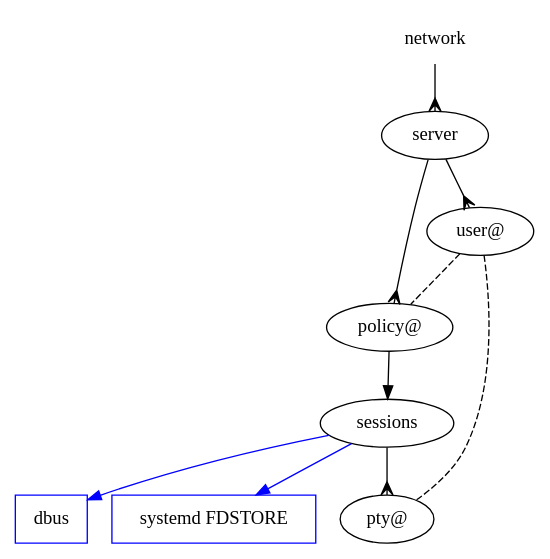
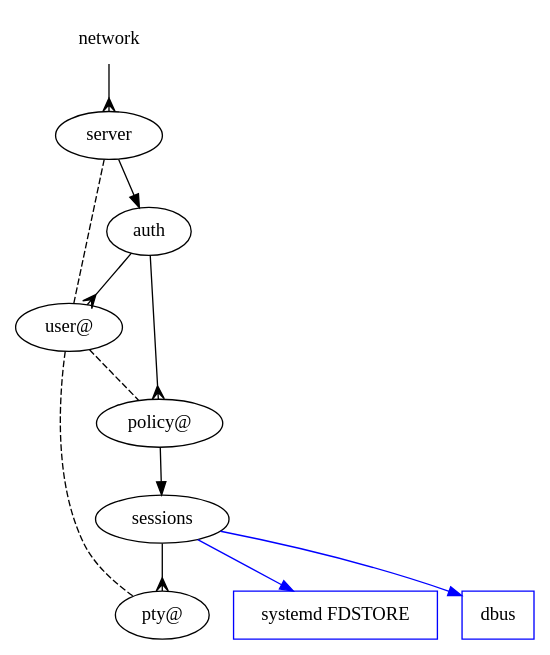
The diagram in doc/dev/sketch/privsep-big-picture.gv (tere-shell/tere), drawn with Graphviz before and after one commit. The commit also changed 2 other files, not shown here.

Commit message:
Adjust privsep architecture for better DoS protection
Earlier, unauthenticated attackers could cause many `user@` processes
to be spawned.

```diff
--- a/doc/dev/sketch/privsep-big-picture.gv
+++ b/doc/dev/sketch/privsep-big-picture.gv
@@ -1,21 +1,24 @@
 digraph {
     network [shape=plaintext]
     server
+    auth
     user [label="user@"]
     policy [label="policy@"]
     sessions
     dbus [shape=box, color=blue]
     systemd [label="systemd FDSTORE", shape=box, color=blue]
     pty [label="pty@"]
 
     network -> server [arrowhead=crow]
     node [minlen=0]
-    server -> policy [arrowhead=crow]
-    server -> user [arrowhead=crow]
+    server -> auth
+    auth -> policy [arrowhead=crow]
+    auth -> user [arrowhead=crow]
+    server -> user [dir=none, style=dashed]
     user -> policy [dir=none, style=dashed]
     policy -> sessions
     sessions -> dbus [color=blue]
     sessions -> systemd [color=blue]
     sessions -> pty [arrowhead=crow, weight=100]
     user -> pty [dir=none, style=dashed]
 }
```
